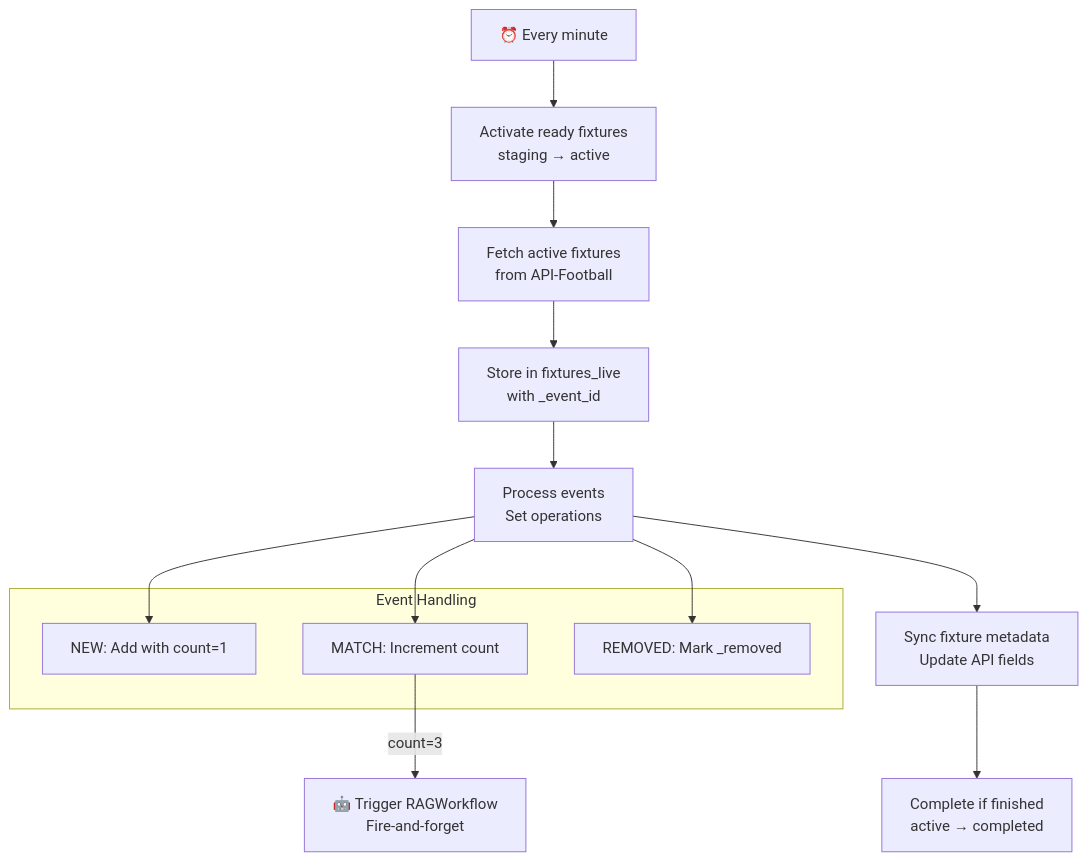
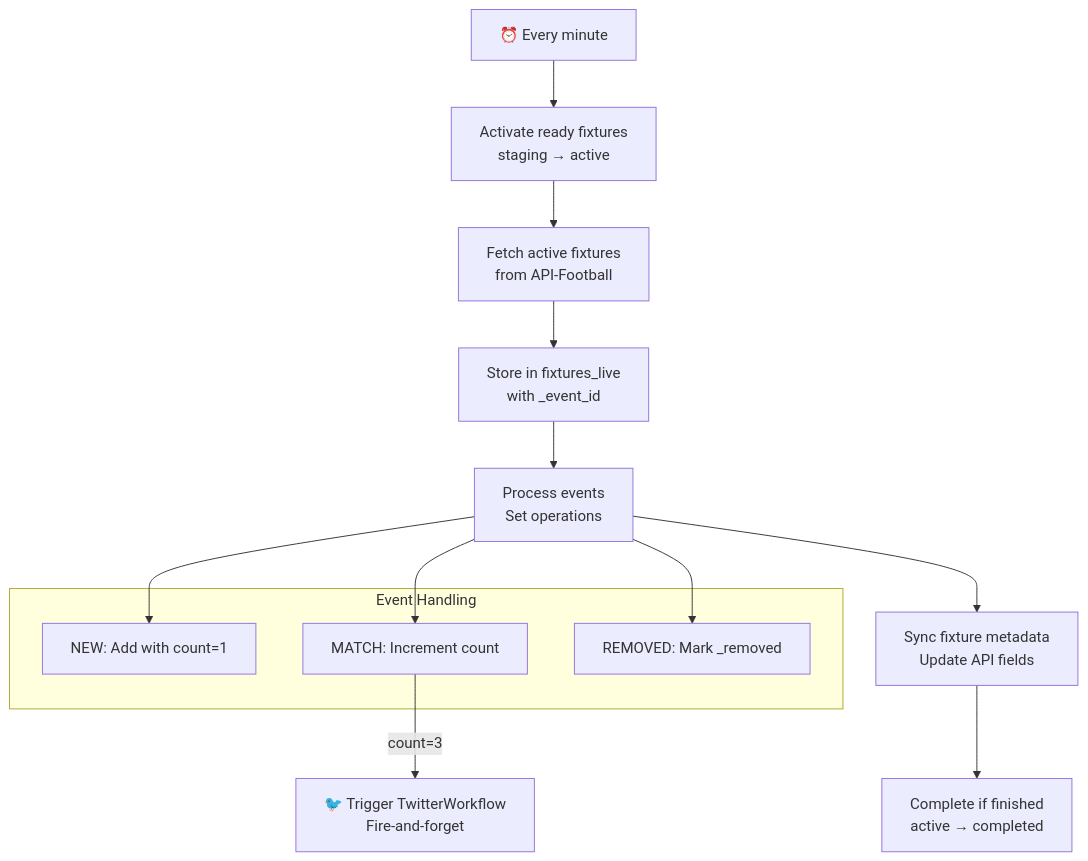
One commit to vedantadhobley/found-footy changed the tenth of 14 diagrams in README.md. Above: the diagram before and after it, drawn with Mermaid. The commit also changed other lines of this file and 15 other files, not shown here.

````diff
--- a/README.md
+++ b/README.md
@@ -487,24 +488,24 @@
 ```mermaid
 flowchart TB
     TRIGGER[⏰ Every minute]
     
     ACTIVATE[Activate ready fixtures<br/>staging → active]
     FETCH[Fetch active fixtures<br/>from API-Football]
     STORE[Store in fixtures_live<br/>with _event_id]
     PROCESS[Process events<br/>Set operations]
     
     subgraph EVENTS["Event Handling"]
         NEW[NEW: Add with count=1]
         MATCH[MATCH: Increment count]
         REMOVE[REMOVED: Mark _removed]
     end
     
-    RAG[🤖 Trigger RAGWorkflow<br/>Fire-and-forget]
+    TWITTER[🐦 Trigger TwitterWorkflow<br/>Fire-and-forget]
     SYNC[Sync fixture metadata<br/>Update API fields]
     COMPLETE[Complete if finished<br/>active → completed]
     
     TRIGGER --> ACTIVATE --> FETCH --> STORE --> PROCESS
     PROCESS --> NEW & MATCH & REMOVE
-    MATCH -->|count=3| RAG
+    MATCH -->|count=3| TWITTER
     PROCESS --> SYNC --> COMPLETE
 ```
````
